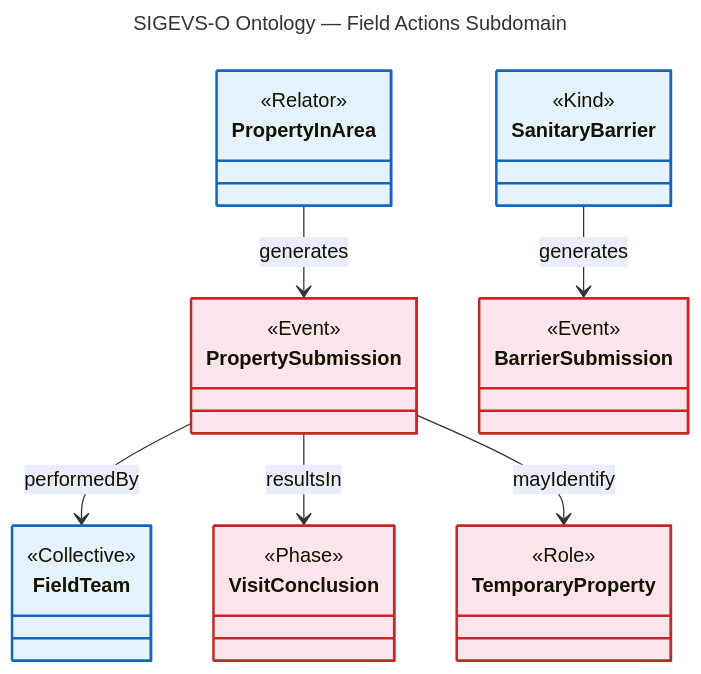
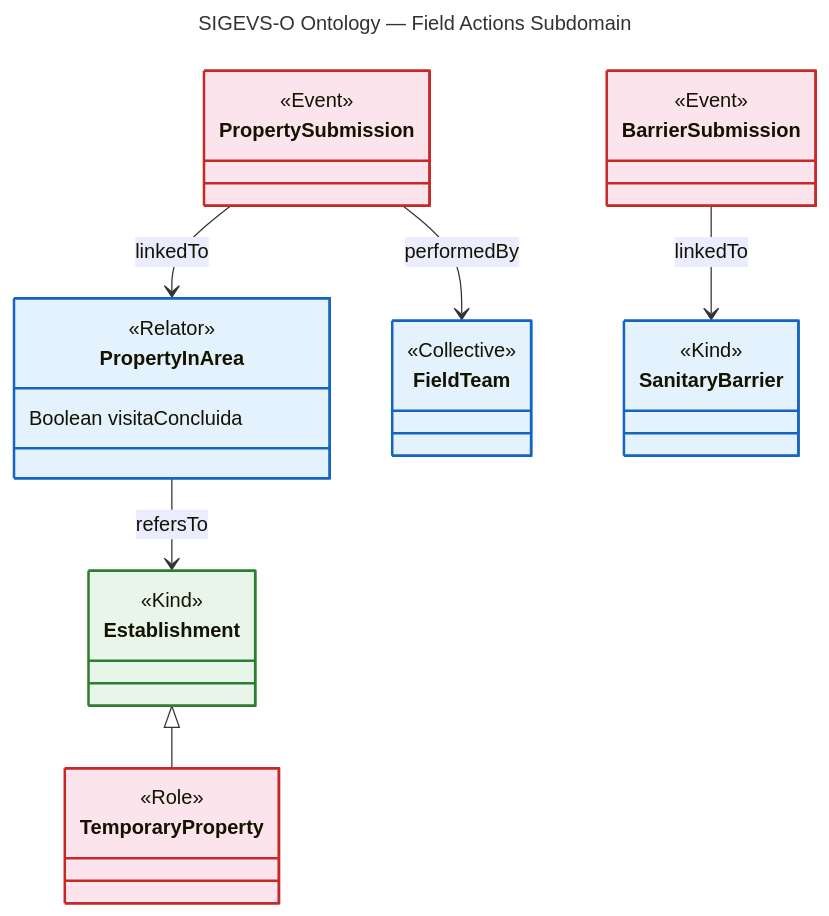
Before and after one commit to Felipeamadori/sigevs-o: the diagram in conceptual-model/onto-field.mmd, drawn with Mermaid. The commit also changed 12 other files, not shown here.

```diff
--- a/conceptual-model/onto-field.mmd
+++ b/conceptual-model/onto-field.mmd
@@ -1,39 +1,40 @@
 ---
 title: SIGEVS-O Ontology — Field Actions Subdomain
 ---
 classDiagram
     class PropertySubmission {
         <<Event>>
     }
     class BarrierSubmission {
         <<Event>>
     }
     class TemporaryProperty {
         <<Role>>
     }
-    class VisitConclusion {
-        <<Phase>>
-    }
     class PropertyInArea {
         <<Relator>>
+        Boolean visitaConcluida
     }
     class FieldTeam {
         <<Collective>>
     }
     class SanitaryBarrier {
         <<Kind>>
     }
+    class Establishment {
+        <<Kind>>
+    }
 
-    PropertyInArea --> PropertySubmission : generates
+    PropertySubmission --> PropertyInArea : linkedTo
     PropertySubmission --> FieldTeam : performedBy
-    PropertySubmission --> VisitConclusion : resultsIn
-    PropertySubmission --> TemporaryProperty : mayIdentify
-    SanitaryBarrier --> BarrierSubmission : generates
+    BarrierSubmission --> SanitaryBarrier : linkedTo
+    PropertyInArea --> Establishment : refersTo
+    Establishment <|-- TemporaryProperty
 
     style PropertySubmission fill:#fce4ec,stroke:#c62828,stroke-width:2px
     style BarrierSubmission fill:#fce4ec,stroke:#c62828,stroke-width:2px
     style TemporaryProperty fill:#fce4ec,stroke:#c62828,stroke-width:2px
-    style VisitConclusion fill:#fce4ec,stroke:#c62828,stroke-width:2px
     style PropertyInArea fill:#e3f2fd,stroke:#1565c0,stroke-width:2px
     style FieldTeam fill:#e3f2fd,stroke:#1565c0,stroke-width:2px
     style SanitaryBarrier fill:#e3f2fd,stroke:#1565c0,stroke-width:2px
+    style Establishment fill:#e8f5e9,stroke:#2e7d32,stroke-width:2px
```
